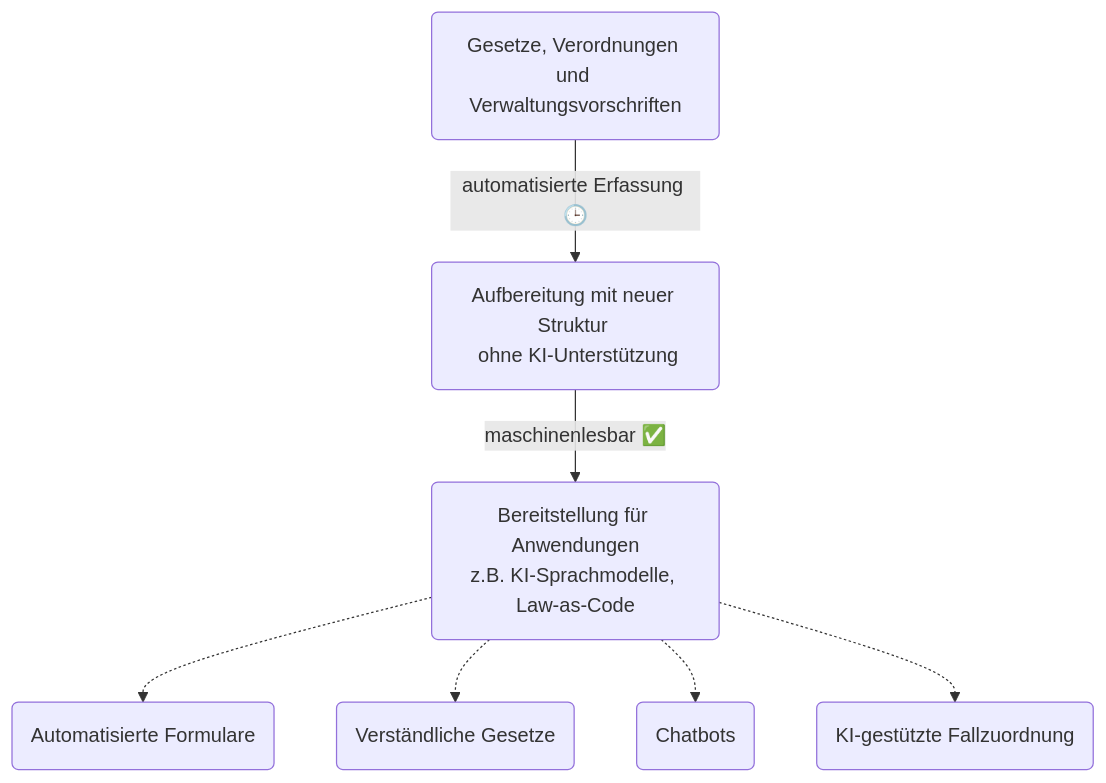
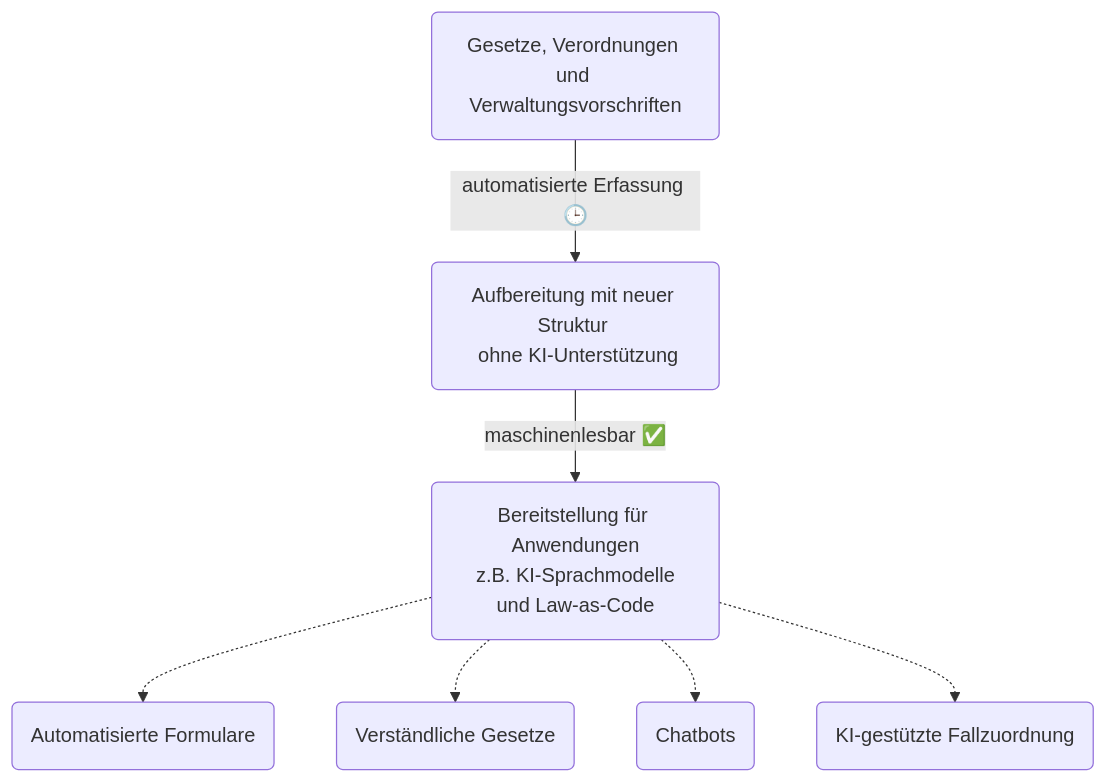
The diagram in slides/02_big-picture.md (stefanmaeder/dotgov), drawn with Mermaid before and after one commit.

````diff
--- a/slides/02_big-picture.md
+++ b/slides/02_big-picture.md
@@ -1,9 +1,9 @@
 ```mermaid
 flowchart TD
     A(Gesetze, Verordnungen und <br>Verwaltungsvorschriften) -->|automatisierte Erfassung 🕒| B(Aufbereitung mit neuer Struktur <br> ohne KI-Unterstützung)
-    B --> |maschinenlesbar ✅| C(Bereitstellung für Anwendungen<br>z.B. KI-Sprachmodelle, Law-as-Code)
+    B --> |maschinenlesbar ✅| C(Bereitstellung für Anwendungen<br>z.B. KI-Sprachmodelle<br>und Law-as-Code)
     C -.-> D(Automatisierte Formulare)
     C -.-> E(Verständliche Gesetze)
     C -.-> F(Chatbots)
     C -.-> G(KI-gestützte Fallzuordnung)
 ```
````
